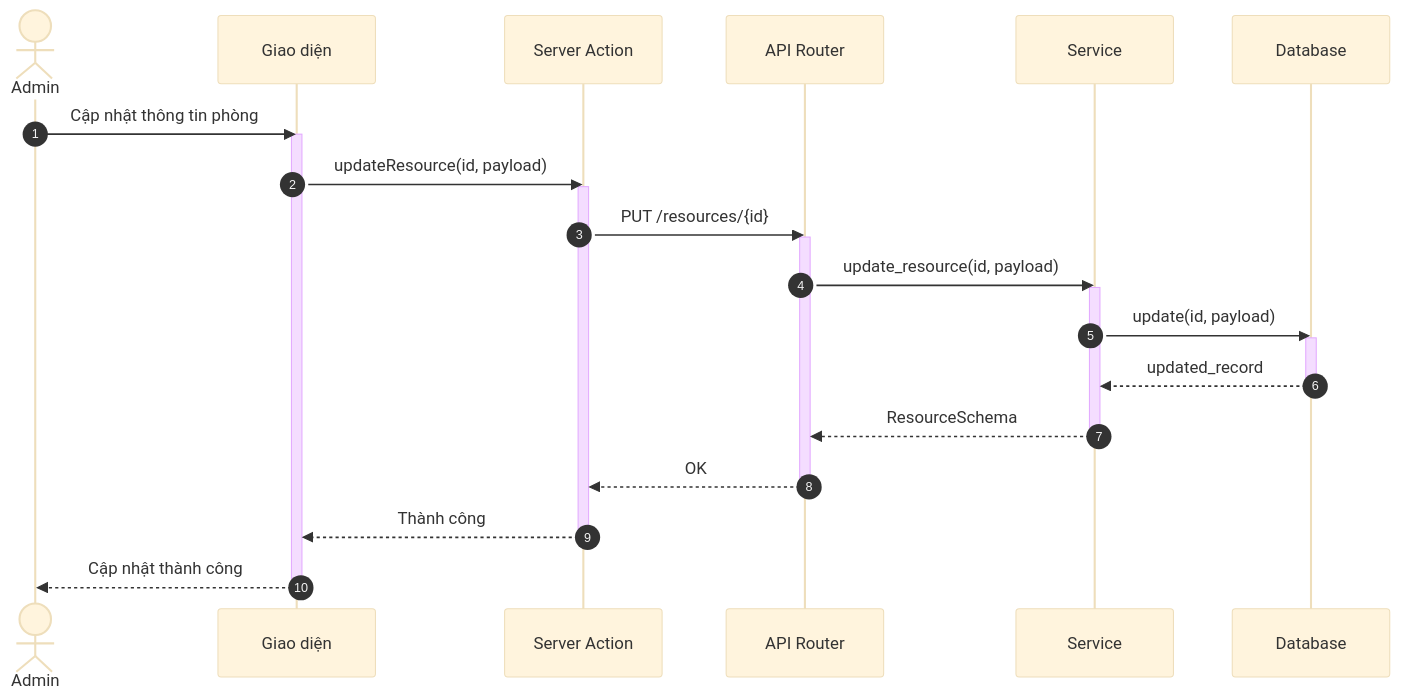
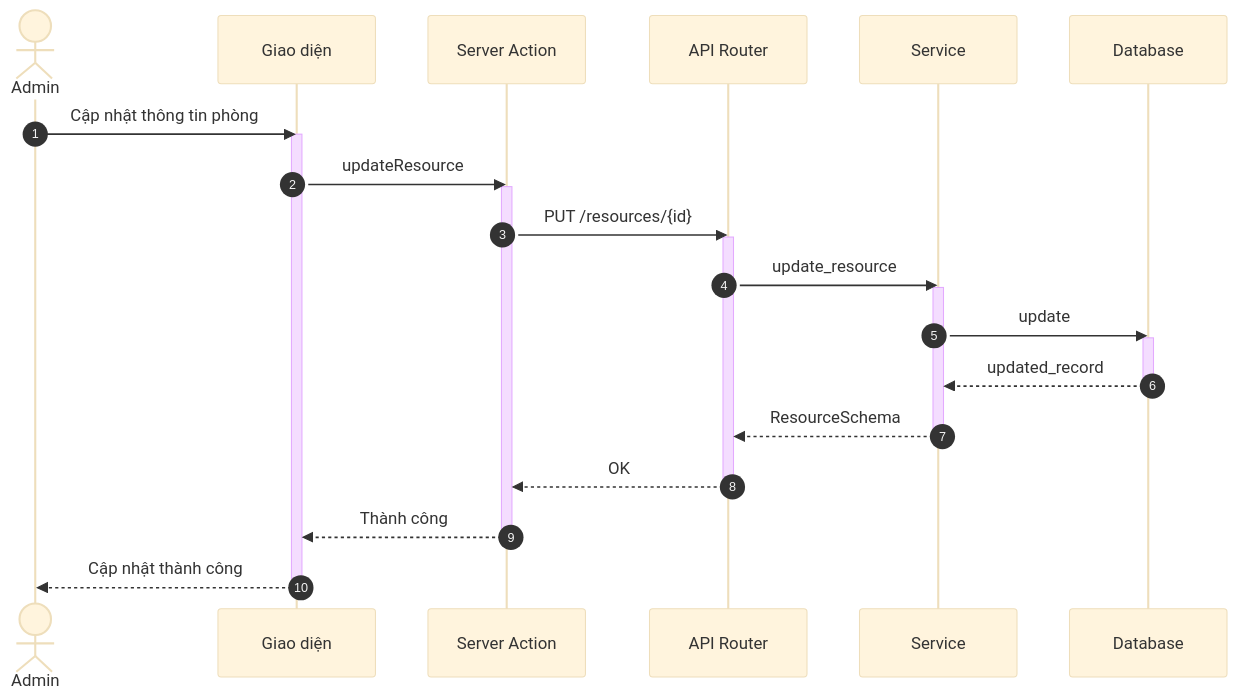
One commit to ngoctinn/Synapse changed the second of 4 diagrams in docs/design/sequences/admin_flows.md. Above: the diagram before and after it, drawn with Mermaid (base theme). The commit also changed other lines of this file and 1 other file, not shown here.

Commit message:
feat: Add sequence diagrams for admin and customer flows.

````diff
--- a/docs/design/sequences/admin_flows.md
+++ b/docs/design/sequences/admin_flows.md
@@ -71,38 +70,38 @@
 ```mermaid
 sequenceDiagram
     autonumber
     actor AD as Admin
     participant UI as Giao diện
     participant BFF as Server Action
     participant API as API Router
     participant S as Service
     participant DB as Database
 
     AD->>UI: Cập nhật thông tin phòng
     activate UI
-    UI->>BFF: updateResource(id, payload)
+    UI->>BFF: updateResource
     activate BFF
 
     BFF->>API: PUT /resources/{id}
     activate API
 
-    API->>S: update_resource(id, payload)
+    API->>S: update_resource
     activate S
 
-    S->>DB: update(id, payload)
+    S->>DB: update
     activate DB
     DB-->>S: updated_record
     deactivate DB
 
     S-->>API: ResourceSchema
     deactivate S
 
     API-->>BFF: OK
     deactivate API
 
     BFF-->>UI: Thành công
     deactivate BFF
 
     UI-->>AD: Cập nhật thành công
     deactivate UI
 ```
````
